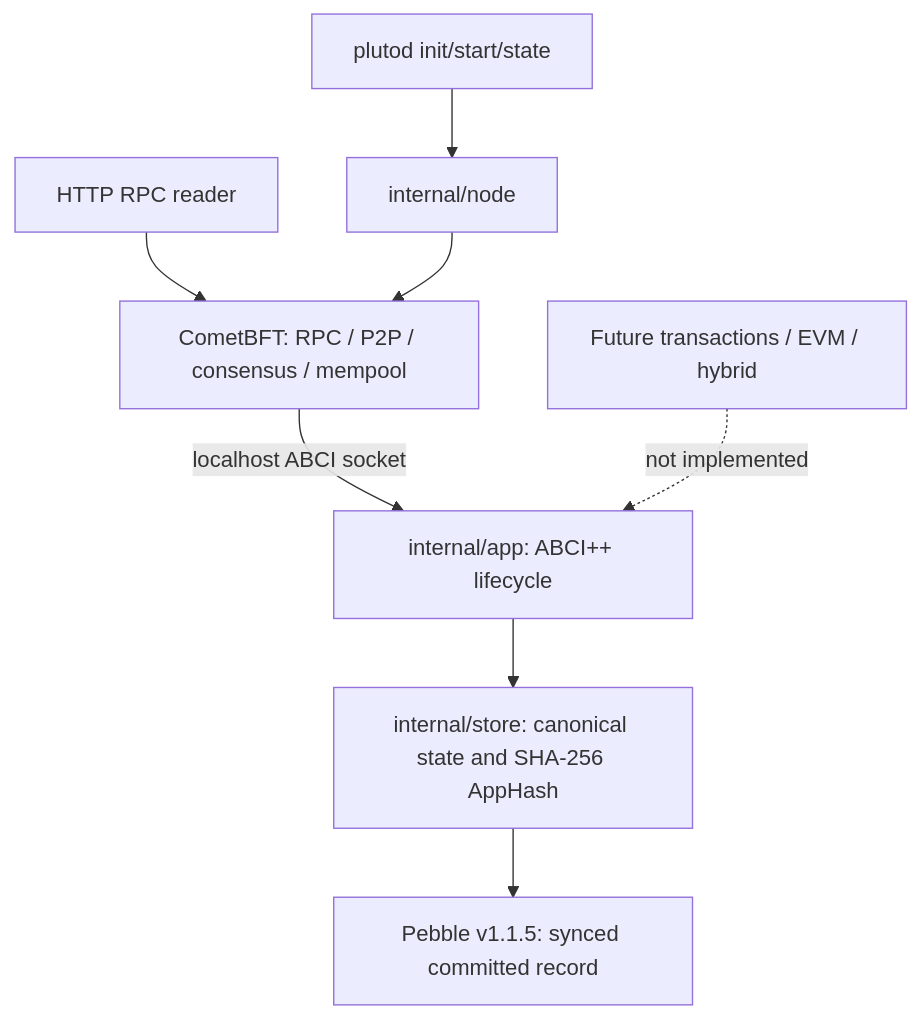
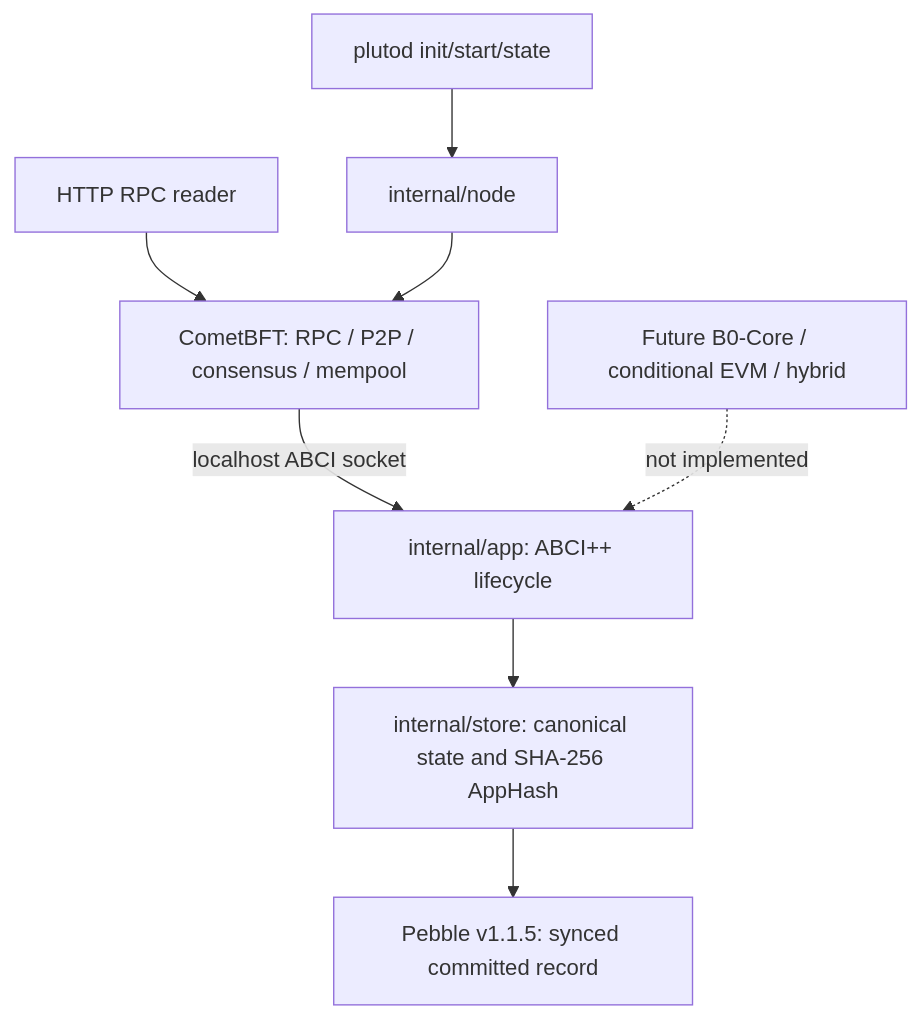
Before and after one commit to the-phong/DoS-in-Blockchain-PQC: the first of 6 diagrams in research/ARCHITECTURE.md, drawn with Mermaid. The commit also changed other lines of this file and 11 other files, not shown here.

````diff
--- a/research/ARCHITECTURE.md
+++ b/research/ARCHITECTURE.md
@@ -8,10 +11,10 @@
 ```mermaid
 flowchart TB
   Operator[plutod init/start/state] --> Runtime[internal/node]
   Client[HTTP RPC reader] --> Comet[CometBFT: RPC / P2P / consensus / mempool]
   Runtime --> Comet
   Comet -->|localhost ABCI socket| App[internal/app: ABCI++ lifecycle]
   App --> State[internal/store: canonical state and SHA-256 AppHash]
   State --> Pebble[Pebble v1.1.5: synced committed record]
-  Future[Future transactions / EVM / hybrid] -. not implemented .-> App
+  Future[Future B0-Core / conditional EVM / hybrid] -. not implemented .-> App
 ```
````
